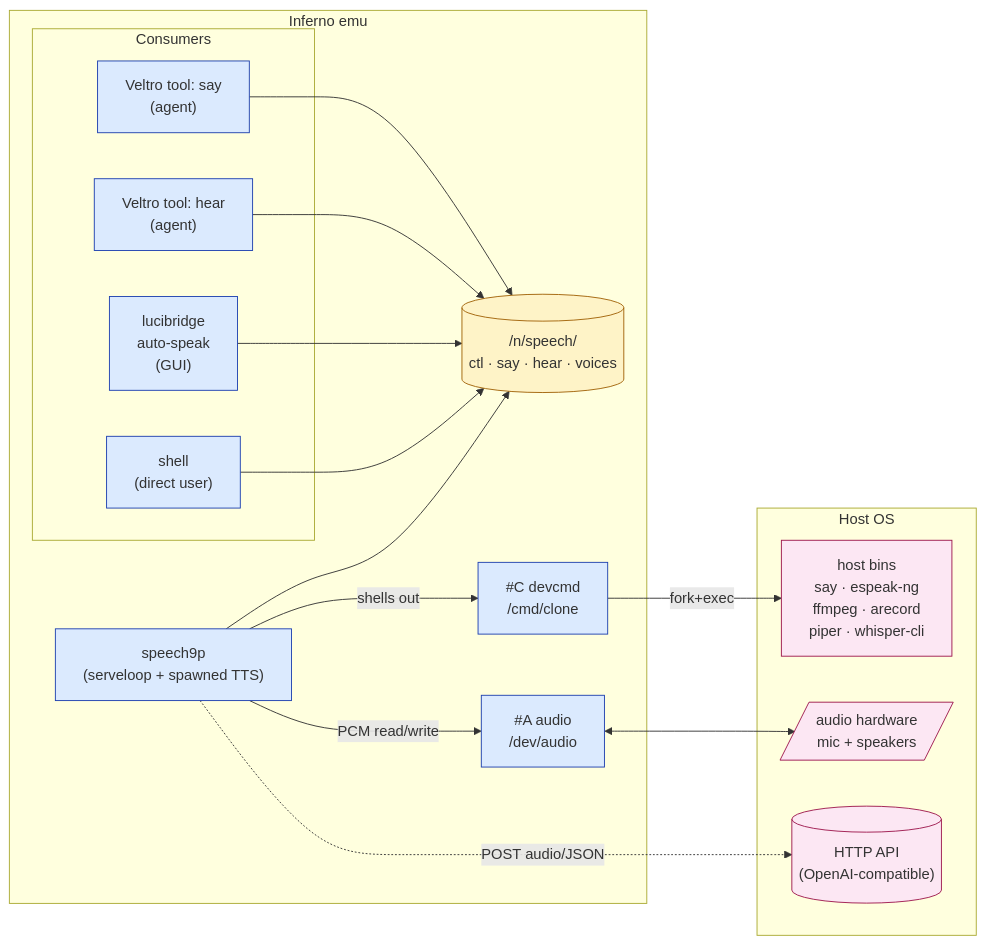
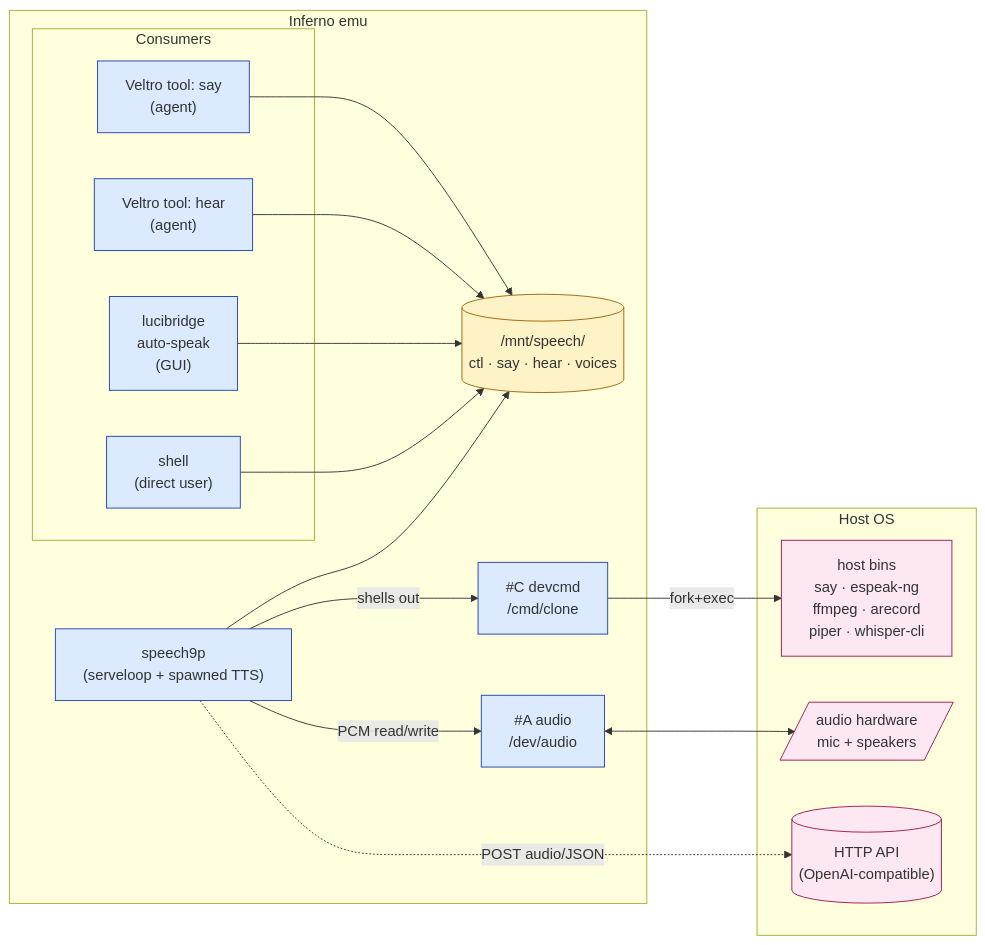
The first of 16 diagrams in docs/SPEECH-ARCHITECTURE.md (Ticed/infernode-os), drawn with Mermaid before and after one commit. The commit also changed other lines of this file and 66 other files, not shown here.

````diff
--- a/docs/SPEECH-ARCHITECTURE.md
+++ b/docs/SPEECH-ARCHITECTURE.md
@@ -12,41 +12,41 @@
 ```mermaid
 flowchart LR
     subgraph host["Host OS"]
         hostbins["host bins<br/>say · espeak-ng<br/>ffmpeg · arecord<br/>piper · whisper-cli"]
         api[("HTTP API<br/>(OpenAI-compatible)")]
         audio[/"audio hardware<br/>mic + speakers"/]
     end
 
     subgraph emu["Inferno emu"]
         devC["#C devcmd<br/>/cmd/clone"]
         devA["#A audio<br/>/dev/audio"]
         speech9p["speech9p<br/>(serveloop + spawned TTS)"]
-        mount[("/n/speech/<br/>ctl · say · hear · voices")]
+        mount[("/mnt/speech/<br/>ctl · say · hear · voices")]
 
         subgraph cons["Consumers"]
             sayTool["Veltro tool: say<br/>(agent)"]
             hearTool["Veltro tool: hear<br/>(agent)"]
             luci["lucibridge<br/>auto-speak<br/>(GUI)"]
             shell["shell<br/>(direct user)"]
         end
     end
 
     speech9p --> mount
     speech9p -- "shells out" --> devC
     speech9p -- "PCM read/write" --> devA
     devC -- "fork+exec" --> hostbins
     devA <--> audio
     speech9p -. "POST audio/JSON" .-> api
 
     sayTool --> mount
     hearTool --> mount
     luci --> mount
     shell --> mount
 
     classDef store fill:#fef3c7,stroke:#a16207
     classDef proc fill:#dbeafe,stroke:#1e40af
     classDef ext fill:#fce7f3,stroke:#9d174d
     class mount store
     class speech9p,devC,devA,sayTool,hearTool,luci,shell proc
     class hostbins,api,audio ext
 ```
````
